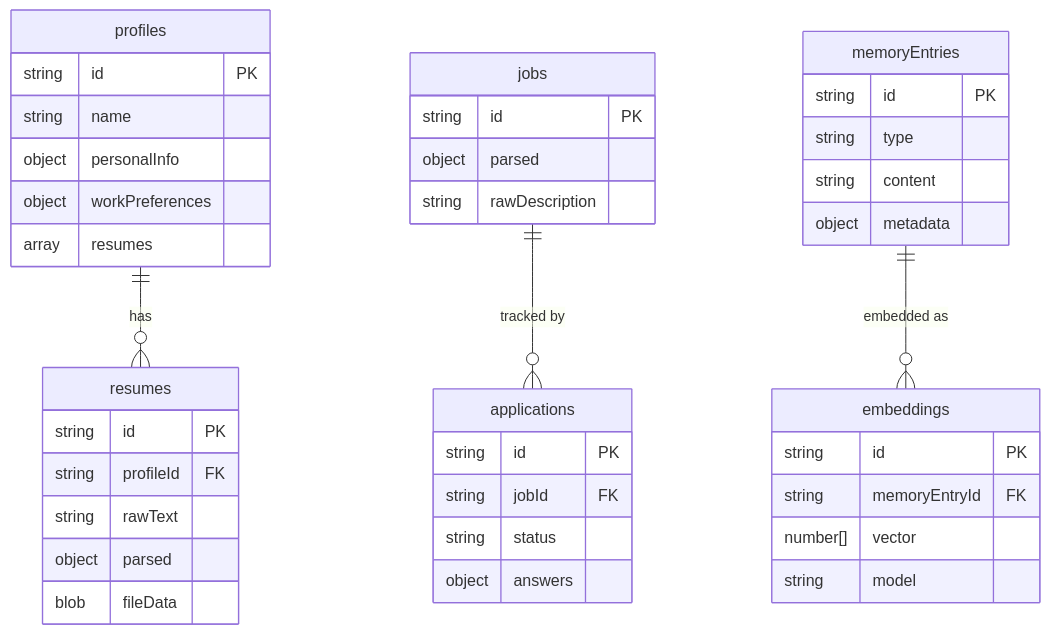
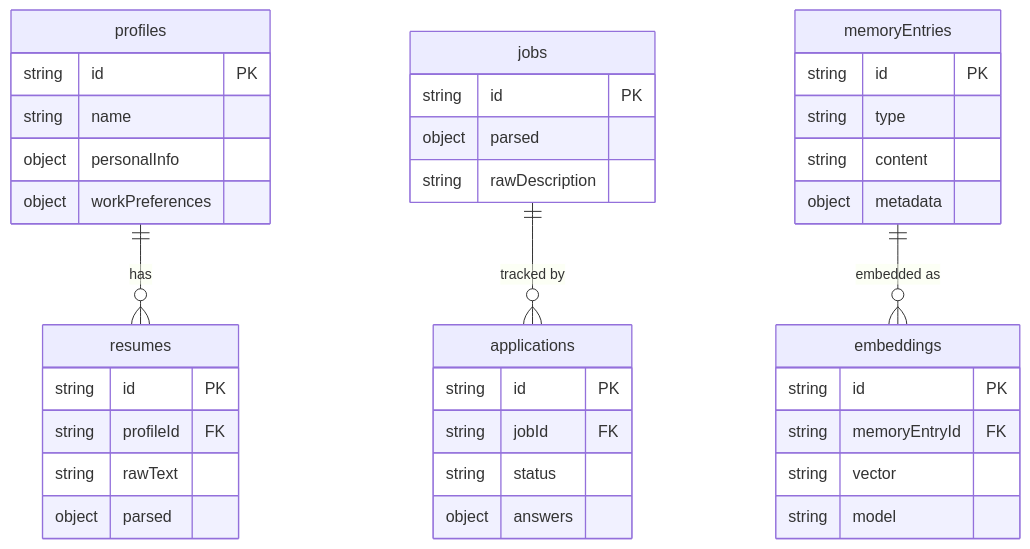
Before and after one commit to mohd98zaid/-LocalApply-bot: diagram 13 of 17 in ARCHITECTURE.md, drawn with Mermaid. The commit also changed other lines of this file, not shown here.

First line of the commit message:
fix: Mermaid diagram syntax issues in ARCHITECTURE.md

````diff
--- a/ARCHITECTURE.md
+++ b/ARCHITECTURE.md
@@ -455,49 +447,47 @@
 ```mermaid
 erDiagram
     profiles {
         string id PK
         string name
         object personalInfo
         object workPreferences
-        array resumes
     }
 
     resumes {
         string id PK
         string profileId FK
         string rawText
         object parsed
-        blob fileData
     }
 
     jobs {
         string id PK
         object parsed
         string rawDescription
     }
 
     applications {
         string id PK
         string jobId FK
         string status
         object answers
     }
 
     memoryEntries {
         string id PK
         string type
         string content
         object metadata
     }
 
     embeddings {
         string id PK
         string memoryEntryId FK
-        number[] vector
+        string vector
         string model
     }
 
     profiles ||--o{ resumes : "has"
     jobs ||--o{ applications : "tracked by"
     memoryEntries ||--o{ embeddings : "embedded as"
 ```
````
